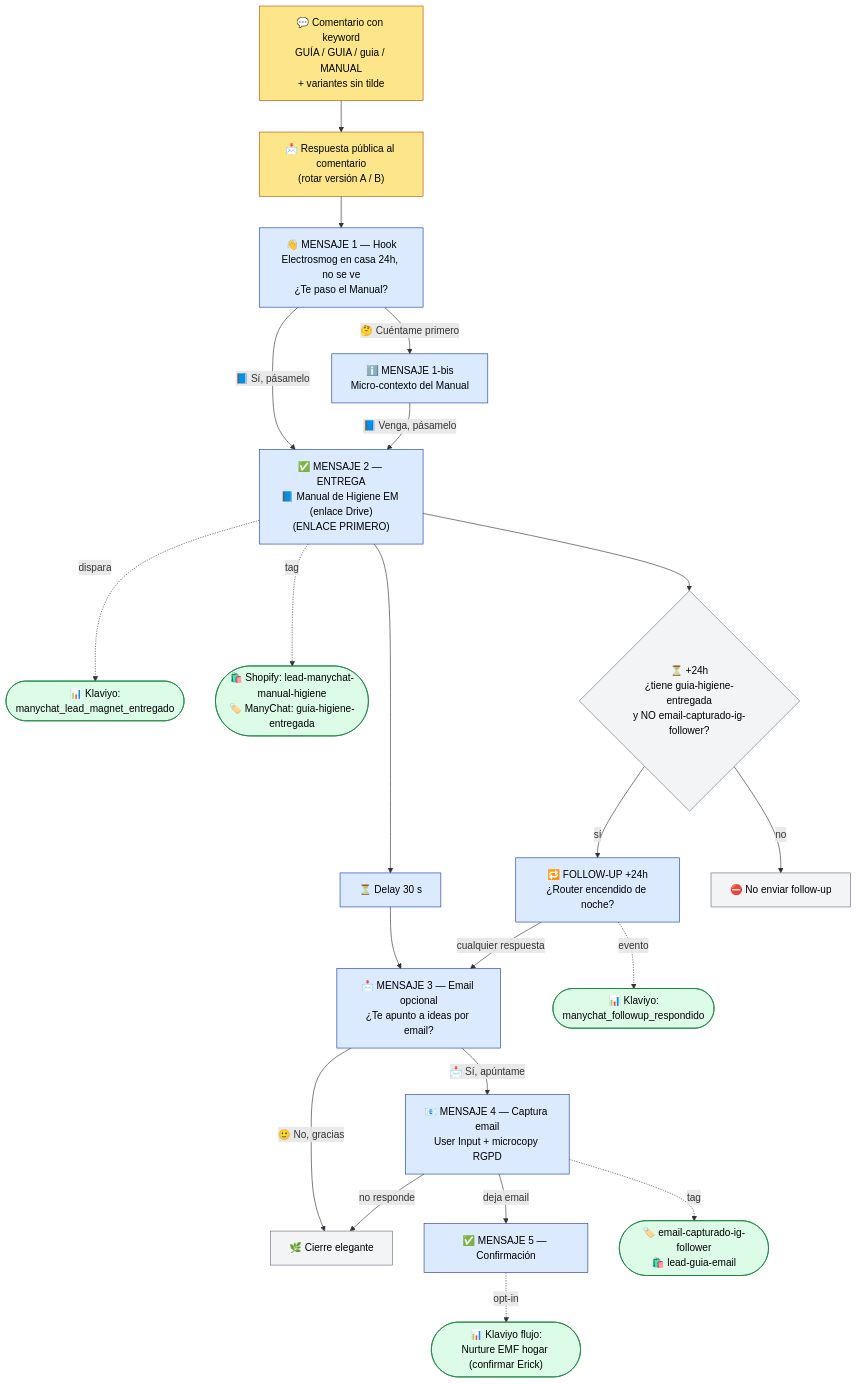
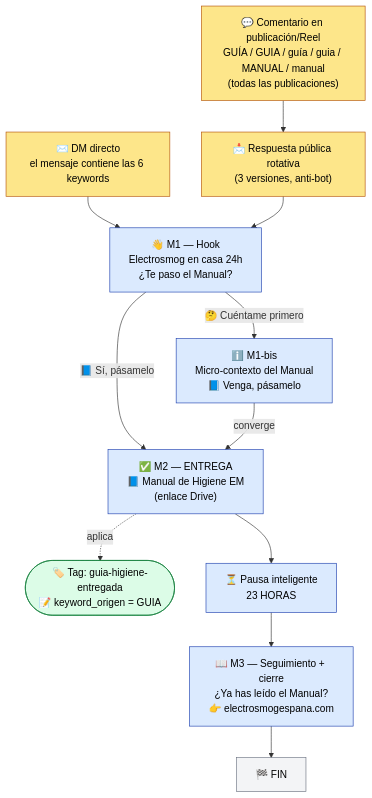
The diagram in flujos-manychat/diagrama-flujo-guia.mmd (javierekiosalud/Ekio-Claude), drawn with Mermaid before and after one commit. The commit also changed 2 other files, not shown here.

Commit message:
Update: docs reflejan el flujo GUÍA final publicado (LIVE)
Sincroniza la documentación con la automatización construida y publicada en
ManyChat: 2 disparadores (comentarios + DM, 6 variantes case-sensitive),
entrega del Manual por Drive, tag guia-higiene-entregada, pausa de 23h y
mensaje de cierre a la web. Elimina email/WhatsApp/follow-up del diseño.

```diff
--- a/flujos-manychat/diagrama-flujo-guia.mmd
+++ b/flujos-manychat/diagrama-flujo-guia.mmd
@@ -1,48 +1,32 @@
-%% DIAGRAMA FLUJO MANYCHAT "GUÍA" — EKIO Electrosmog España
+%% DIAGRAMA FLUJO MANYCHAT "GUÍA — Manual Higiene EM" — EKIO (PUBLICADO/LIVE)
 %% Entregable 3 de 3 · Renderizar en cualquier visor Mermaid (flowchart TD)
 
 flowchart TD
-    %% ── TRIGGER ──
-    A["💬 Comentario con keyword<br/>GUÍA / GUIA / guia / MANUAL<br/>+ variantes sin tilde"] --> B["📩 Respuesta pública al comentario<br/>(rotar versión A / B)"]
-    B --> C["👋 MENSAJE 1 — Hook<br/>Electrosmog en casa 24h, no se ve<br/>¿Te paso el Manual?"]
+    %% ── TRIGGERS ──
+    T1["💬 Comentario en publicación/Reel<br/>GUÍA / GUIA / guía / guia / MANUAL / manual<br/>(todas las publicaciones)"] --> B["📩 Respuesta pública rotativa<br/>(3 versiones, anti-bot)"]
+    T2["✉️ DM directo<br/>el mensaje contiene las 6 keywords"] --> C
+    B --> C["👋 M1 — Hook<br/>Electrosmog en casa 24h<br/>¿Te paso el Manual?"]
 
-    %% ── CONFIRMACIÓN ──
+    %% ── CONFIRMACIÓN / RAMA ──
     C -->|📘 Sí, pásamelo| E
-    C -->|🤔 Cuéntame primero| D["ℹ️ MENSAJE 1-bis<br/>Micro-contexto del Manual"]
-    D -->|📘 Venga, pásamelo| E
+    C -->|🤔 Cuéntame primero| D["ℹ️ M1-bis<br/>Micro-contexto del Manual<br/>📘 Venga, pásamelo"]
+    D -->|converge| E
 
     %% ── ENTREGA ──
-    E["✅ MENSAJE 2 — ENTREGA<br/>📘 Manual de Higiene EM (enlace Drive)<br/>(ENLACE PRIMERO)"]
-    E -.->|dispara| K1(["📊 Klaviyo:<br/>manychat_lead_magnet_entregado"])
-    E -.->|tag| S1(["🛍️ Shopify: lead-manychat-manual-higiene<br/>🏷️ ManyChat: guia-higiene-entregada"])
+    E["✅ M2 — ENTREGA<br/>📘 Manual de Higiene EM<br/>(enlace Drive)"]
+    E -.->|aplica| S1(["🏷️ Tag: guia-higiene-entregada<br/>📝 keyword_origen = GUIA"])
 
-    %% ── DELAY + EMAIL OPCIONAL ──
-    E --> W["⏳ Delay 30 s"]
-    W --> F["📩 MENSAJE 3 — Email opcional<br/>¿Te apunto a ideas por email?"]
-
-    %% ── RAMAS ──
-    F -->|📩 Sí, apúntame| H["📧 MENSAJE 4 — Captura email<br/>User Input + microcopy RGPD"]
-    F -->|🙂 No, gracias| Z["🌿 Cierre elegante"]
-
-    %% ── EMAIL ──
-    H -->|deja email| I["✅ MENSAJE 5 — Confirmación"]
-    H -->|no responde| Z
-    I -.->|opt-in| K2(["📊 Klaviyo flujo:<br/>Nurture EMF hogar (confirmar Erick)"])
-    H -.->|tag| S3(["🏷️ email-capturado-ig-follower<br/>🛍️ lead-guia-email"])
-
-    %% ── FOLLOW-UP ──
-    E --> FU{"⏳ +24h<br/>¿tiene guia-higiene-entregada<br/>y NO email-capturado-ig-follower?"}
-    FU -->|sí| FUP["🔁 FOLLOW-UP +24h<br/>¿Router encendido de noche?"]
-    FU -->|no| X["⛔ No enviar follow-up"]
-    FUP -->|cualquier respuesta| F
-    FUP -.->|evento| K3(["📊 Klaviyo:<br/>manychat_followup_respondido"])
+    %% ── DELAY + CIERRE ──
+    E --> W["⏳ Pausa inteligente<br/>23 HORAS"]
+    W --> F["📖 M3 — Seguimiento + cierre<br/>¿Ya has leído el Manual?<br/>👉 electrosmogespana.com"]
+    F --> Z["🏁 FIN"]
 
     %% ── ESTILOS ──
     classDef trigger fill:#fde68a,stroke:#b45309,color:#000;
     classDef msg fill:#dbeafe,stroke:#1e40af,color:#000;
     classDef integ fill:#dcfce7,stroke:#15803d,color:#000;
     classDef close fill:#f3f4f6,stroke:#6b7280,color:#000;
-    class A,B trigger;
-    class C,D,E,F,H,I,FUP,W msg;
-    class K1,K2,K3,S1,S3 integ;
-    class Z,X,FU close;
+    class T1,T2,B trigger;
+    class C,D,E,F,W msg;
+    class S1 integ;
+    class Z close;
```
